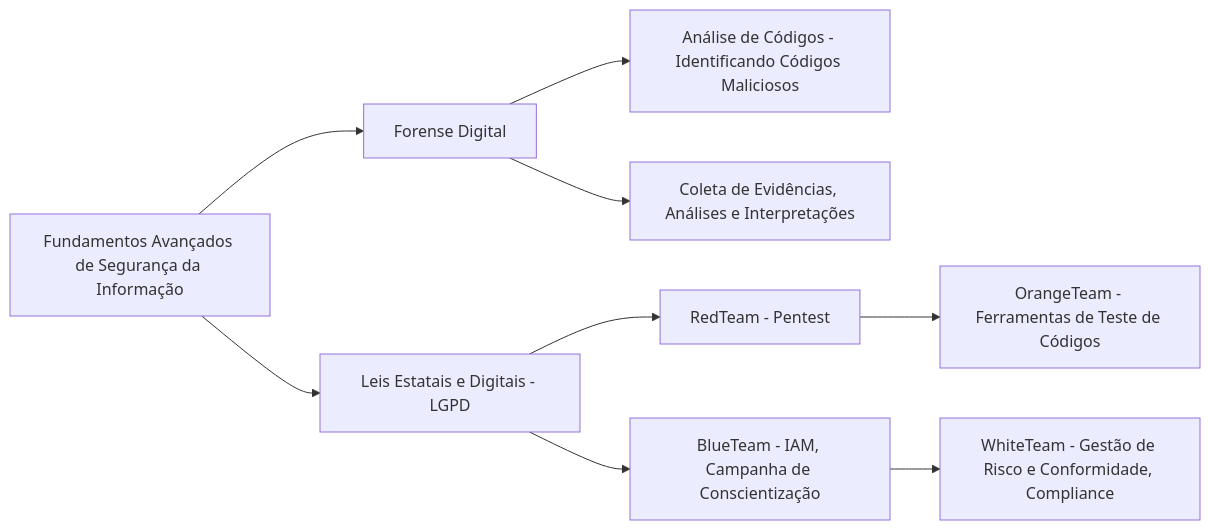
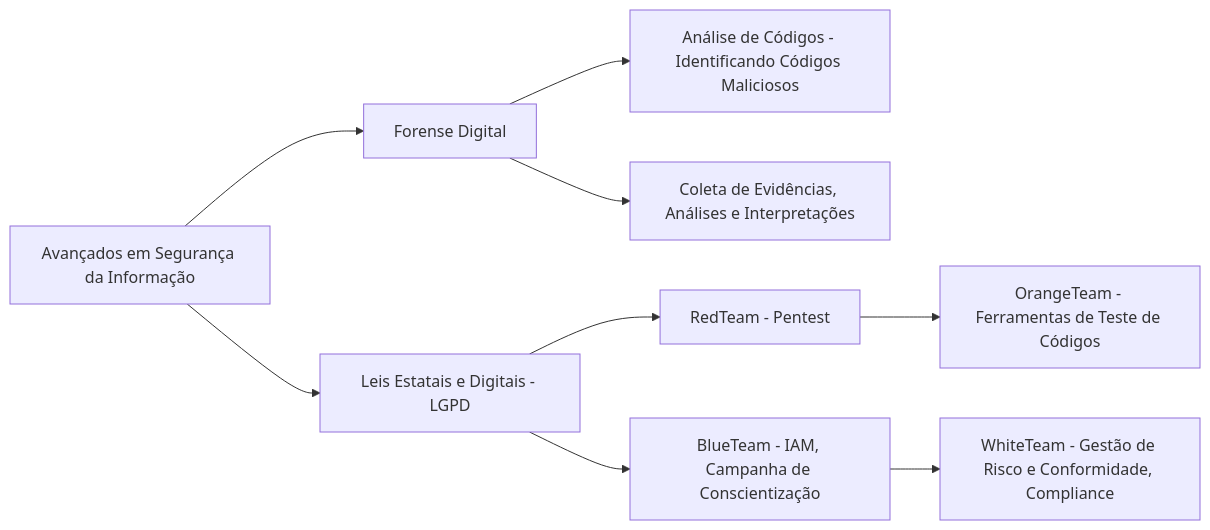
The fourth of 4 diagrams in README.md (socialhiveconnect/Seg.Info), drawn with Mermaid before and after one commit. The commit also changed other lines of this file, not shown here.

````diff
--- a/README.md
+++ b/README.md
@@ -174,13 +174,13 @@
 ```mermaid
   graph LR;
-    A[Fundamentos Avançados de Segurança da Informação] --> B[Forense Digital];
+    A[Avançados em Segurança da Informação] --> B[Forense Digital];
     A --> C[Leis Estatais e Digitais - LGPD];
     B --> D[Análise de Códigos - Identificando Códigos Maliciosos];
     B --> E[Coleta de Evidências, Análises e Interpretações];
     C --> F[RedTeam - Pentest];
     C --> G[BlueTeam - IAM, Campanha de Conscientização];
     F --> H[OrangeTeam - Ferramentas de Teste de Códigos];
     G --> I[WhiteTeam - Gestão de Risco e Conformidade, Compliance];
 
       click A "https://github.com/socialhiveconnect/Seg.Info/tree/main/avançado" "Veja o repositório Avançado"
 ```
````
